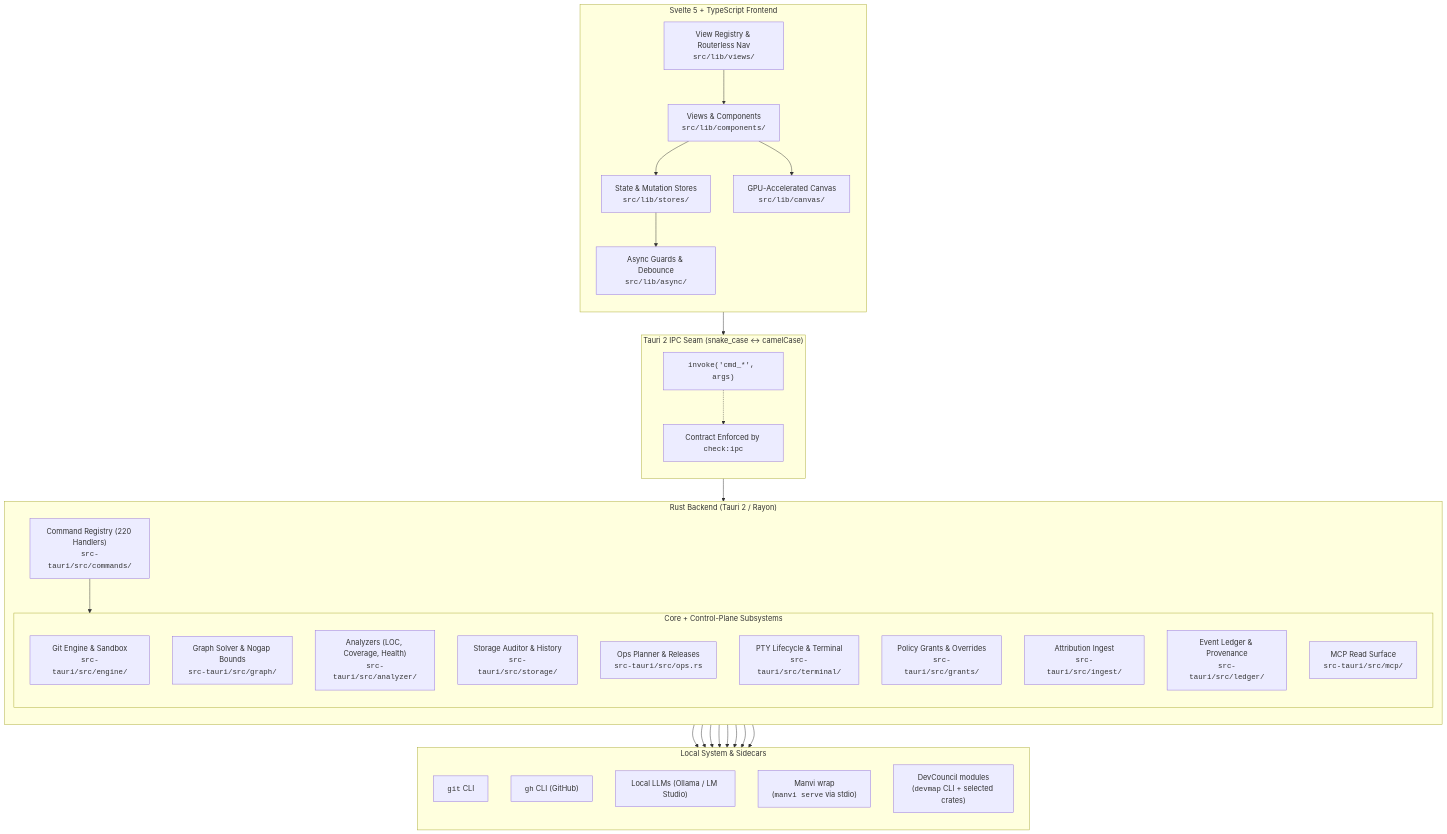
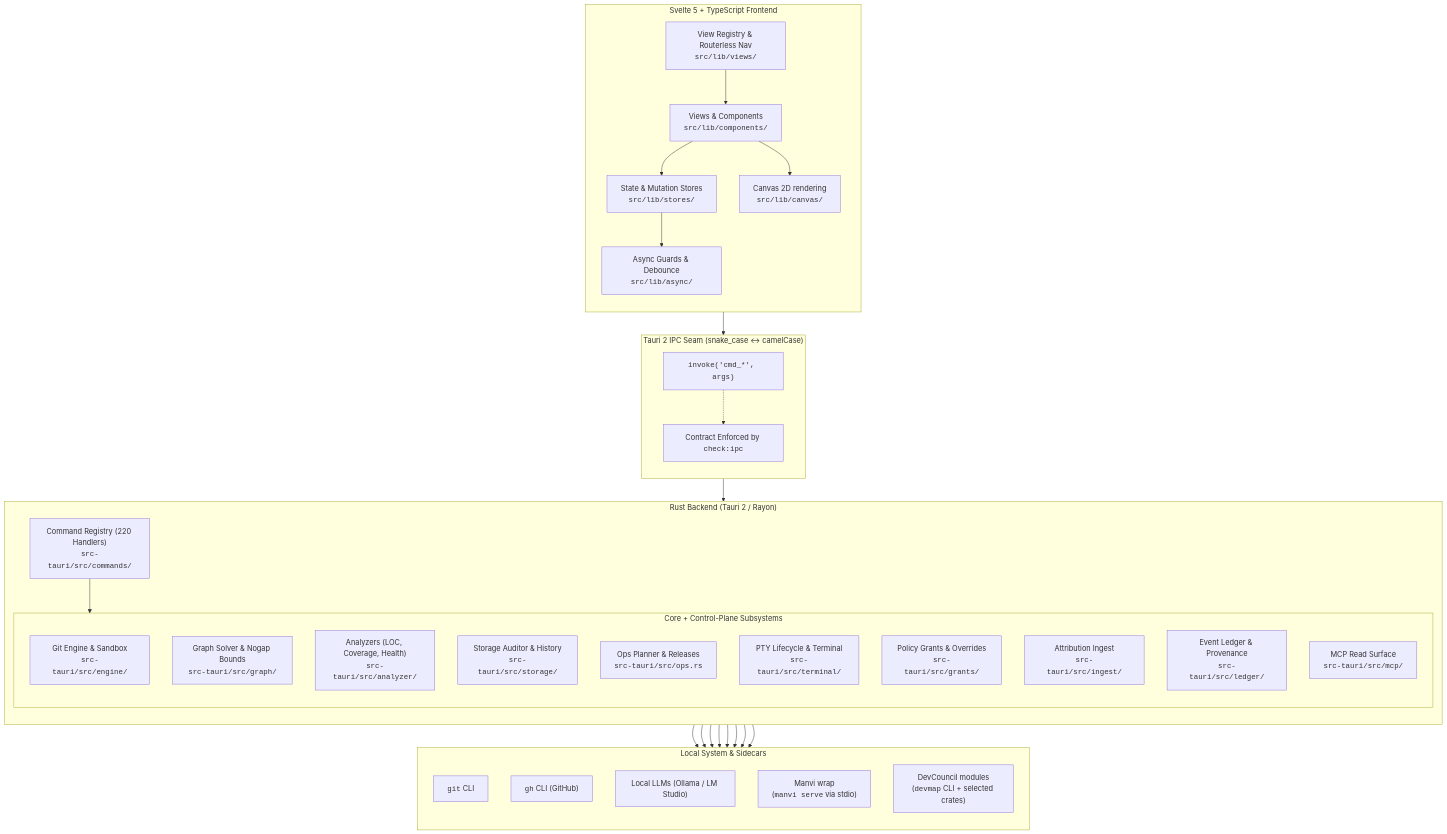
One commit to bharathvbcr/GitPulse changed the first of 4 diagrams in docs/ARCHITECTURE.md. Above: the diagram before and after it, drawn with Mermaid. The commit also changed other lines of this file and 14 other files, not shown here.

````diff
--- a/docs/ARCHITECTURE.md
+++ b/docs/ARCHITECTURE.md
@@ -13,63 +15,63 @@
 ```mermaid
 flowchart TB
     subgraph Frontend["Svelte 5 + TypeScript Frontend"]
         direction TB
         UI["Views & Components<br/><code>src/lib/components/</code>"]
         Stores["State & Mutation Stores<br/><code>src/lib/stores/</code>"]
         Registry["View Registry & Routerless Nav<br/><code>src/lib/views/</code>"]
-        Canvas["GPU-Accelerated Canvas<br/><code>src/lib/canvas/</code>"]
+        Canvas["Canvas 2D rendering<br/><code>src/lib/canvas/</code>"]
         Async["Async Guards & Debounce<br/><code>src/lib/async/</code>"]
         
         UI --> Stores
         UI --> Canvas
         Stores --> Async
         Registry --> UI
     end
 
     subgraph IPC["Tauri 2 IPC Seam (snake_case ↔ camelCase)"]
         direction TB
         Invoke["<code>invoke('cmd_*', args)</code>"]
         ContractCheck["Contract Enforced by <code>check:ipc</code>"]
         Invoke -.-> ContractCheck
     end
 
     subgraph Backend["Rust Backend (Tauri 2 / Rayon)"]
         direction TB
         CmdRegistry["Command Registry (220 Handlers)<br/><code>src-tauri/src/commands/</code>"]
         
         subgraph Subsystems["Core + Control-Plane Subsystems"]
             GitEngine["Git Engine & Sandbox<br/><code>src-tauri/src/engine/</code>"]
             GraphSolver["Graph Solver & Nogap Bounds<br/><code>src-tauri/src/graph/</code>"]
             Analyzers["Analyzers (LOC, Coverage, Health)<br/><code>src-tauri/src/analyzer/</code>"]
             StorageAuditor["Storage Auditor & History<br/><code>src-tauri/src/storage/</code>"]
             OpsPlanner["Ops Planner & Releases<br/><code>src-tauri/src/ops.rs</code>"]
             PtyTerminal["PTY Lifecycle & Terminal<br/><code>src-tauri/src/terminal/</code>"]
             Grants["Policy Grants & Overrides<br/><code>src-tauri/src/grants/</code>"]
             Ingest["Attribution Ingest<br/><code>src-tauri/src/ingest/</code>"]
             Ledger["Event Ledger & Provenance<br/><code>src-tauri/src/ledger/</code>"]
             MCP["MCP Read Surface<br/><code>src-tauri/src/mcp/</code>"]
         end
         
         CmdRegistry --> Subsystems
     end
 
     subgraph External["Local System & Sidecars"]
         direction TB
         LocalGit["<code>git</code> CLI"]
         LocalGh["<code>gh</code> CLI (GitHub)"]
         LocalLLM["Local LLMs (Ollama / LM Studio)"]
         ManviSidecar["Manvi wrap<br/>(<code>manvi serve</code> via stdio)"]
         DevCouncilMods["DevCouncil modules<br/>(<code>devmap</code> CLI + selected crates)"]
     end
 
     Async --> Invoke
     Invoke --> CmdRegistry
     GitEngine --> LocalGit
     Analyzers --> LocalGit
     Analyzers --> LocalGh
     Analyzers --> LocalLLM
     OpsPlanner --> LocalGh
     OpsPlanner --> ManviSidecar
     Subsystems --> ManviSidecar
     Subsystems --> DevCouncilMods
 ```
````
